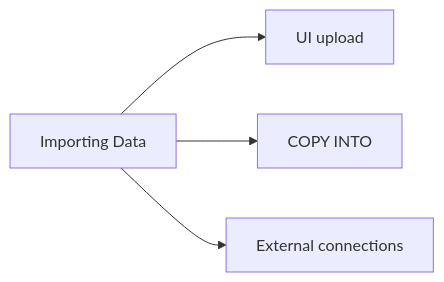
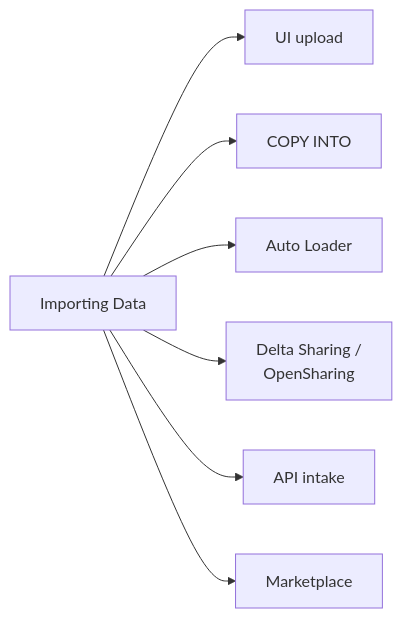
One commit to kengio/databricks-certification-study-guide changed the diagram in certifications/data-analyst-associate/08-importing-data/README.md. Above: the diagram before and after it, drawn with Mermaid. The commit also changed other lines of this file and 66 other files, not shown here.

````diff
--- a/certifications/data-analyst-associate/08-importing-data/README.md
+++ b/certifications/data-analyst-associate/08-importing-data/README.md
@@ -17,6 +17,9 @@
 ```mermaid
 flowchart LR
     ID[Importing Data] --> UI[UI upload]
     ID --> Copy[COPY INTO]
-    ID --> Conn[External connections]
+    ID --> AL[Auto Loader]
+    ID --> DS[Delta Sharing /<br/>OpenSharing]
+    ID --> API[API intake]
+    ID --> MP[Marketplace]
 ```
````
